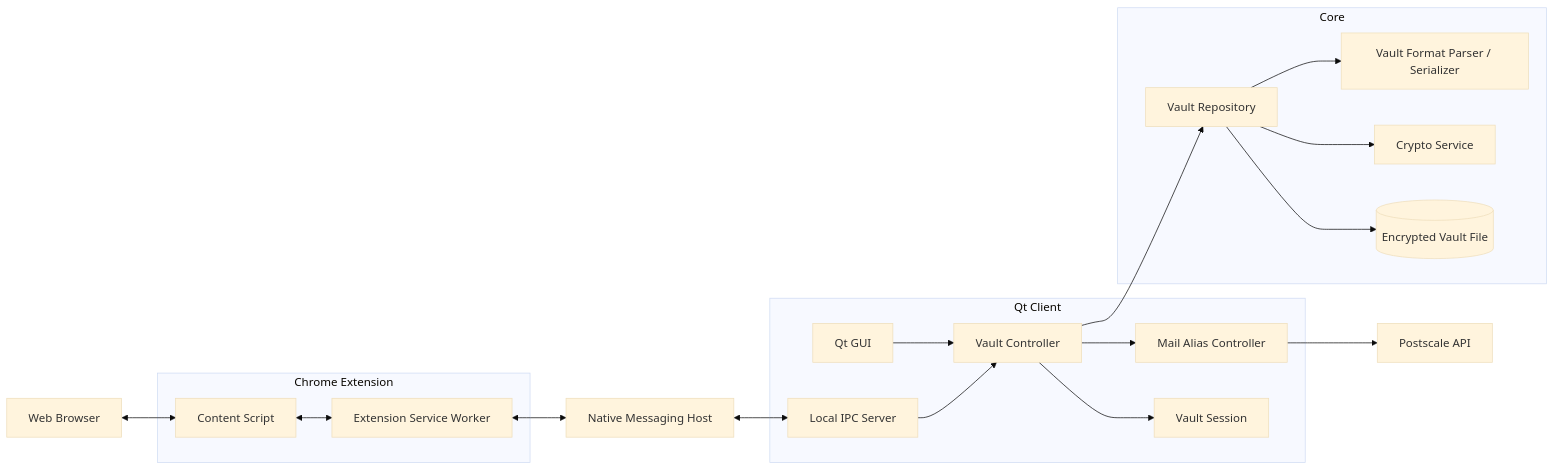
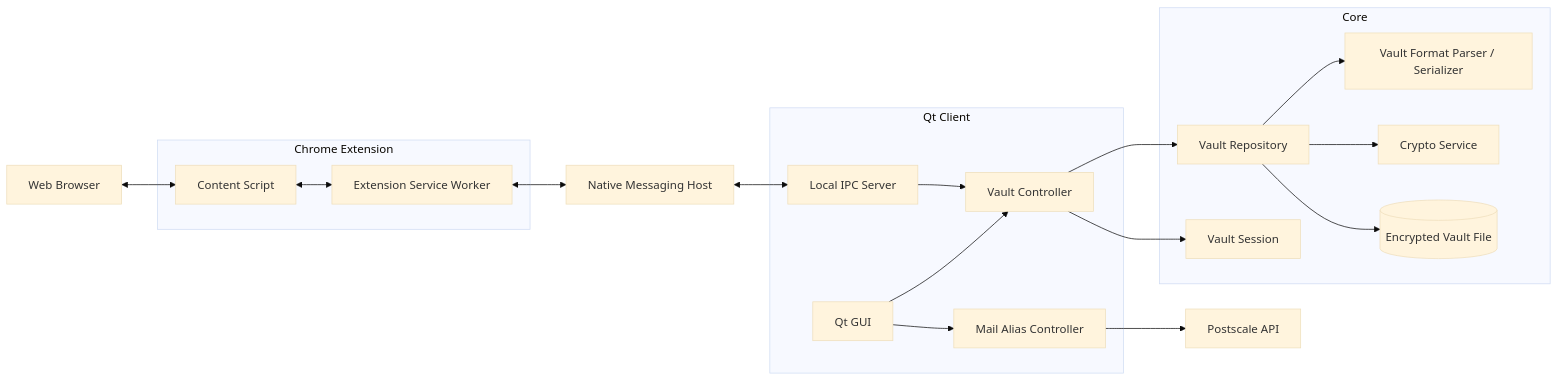
The diagram in specification.md (Keypr-org/docs), drawn with Mermaid (base theme) before and after one commit.

Commit message:
[Doc]: Update Architecture

````diff
--- a/specification.md
+++ b/specification.md
@@ -91,44 +91,44 @@
 ```mermaid
 flowchart LR
     Browser["Web Browser"]
 
     subgraph Extension["Chrome Extension"]
         ContentScript["Content Script"]
         ServiceWorker["Extension Service Worker"]
     end
 
 
     NativeHost["Native Messaging Host"]
     API["Postscale API"]
 
     subgraph Desktop["Qt Client"]
         GUI["Qt GUI"]
         Controller["Vault Controller"]
         MailController["Mail Alias Controller"]
-        Session["Vault Session"]
         IPC["Local IPC Server"]
     end
 
     subgraph Storage["Core"]
         Repository["Vault Repository"]
+        Session["Vault Session"]
         Format["Vault Format Parser / Serializer"]
         Crypto["Crypto Service"]
         VaultFile[("Encrypted Vault File")]
     end
 
     Browser <--> ContentScript
     ContentScript <--> ServiceWorker
     ServiceWorker <--> NativeHost
     NativeHost <--> IPC
 
     GUI --> Controller
     IPC --> Controller
     Controller --> Session
     Controller --> Repository
-    Controller --> MailController
+    GUI --> MailController
     MailController --> API
 
     Repository --> Format
     Repository --> Crypto
     Repository --> VaultFile
 ```
````
